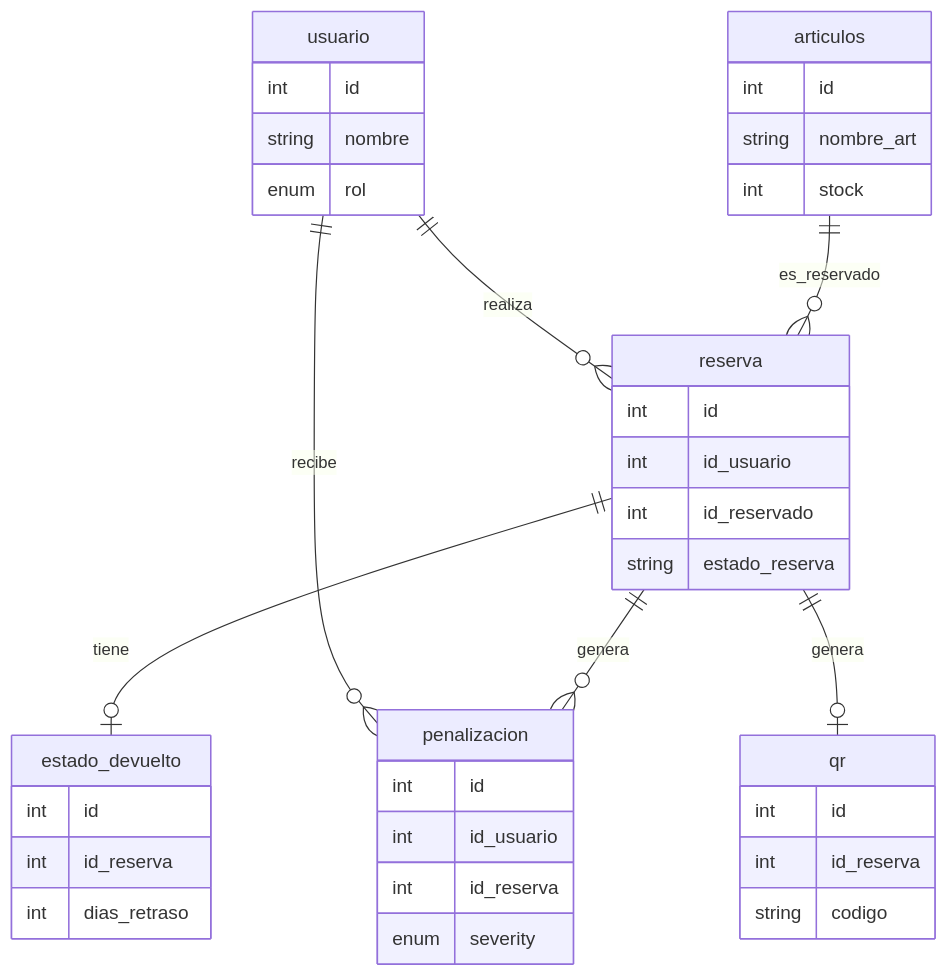
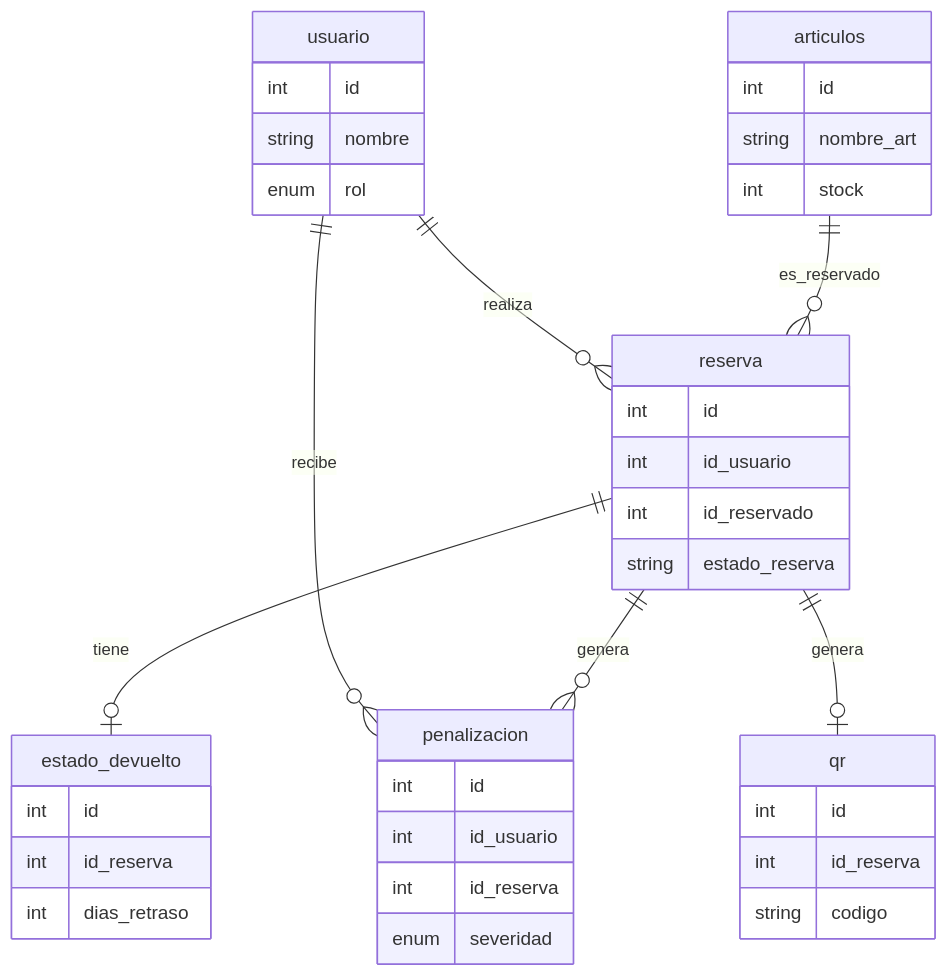
One commit to scriptmasters-2-0/TP-Integrador-IDS changed the diagram in ARCHITECTURE.md. Above: the diagram before and after it, drawn with Mermaid. The commit also changed other lines of this file and 63 other files, not shown here.

````diff
--- a/ARCHITECTURE.md
+++ b/ARCHITECTURE.md
@@ -100,43 +100,43 @@
 ```mermaid
 erDiagram
     usuario ||--o{ reserva : realiza
     usuario ||--o{ penalizacion : recibe
     articulos ||--o{ reserva : es_reservado
     reserva ||--o| estado_devuelto : tiene
     reserva ||--o{ penalizacion : genera
     reserva ||--o| qr : genera
 
     usuario {
         int id
         string nombre
         enum rol
     }
     articulos {
         int id
         string nombre_art
         int stock
     }
     reserva {
         int id
         int id_usuario
         int id_reservado
         string estado_reserva
     }
     estado_devuelto {
         int id
         int id_reserva
         int dias_retraso
     }
     penalizacion {
         int id
         int id_usuario
         int id_reserva
-        enum severity
+        enum severidad
     }
     qr {
         int id
         int id_reserva
         string codigo
     }
 
 ```
````
